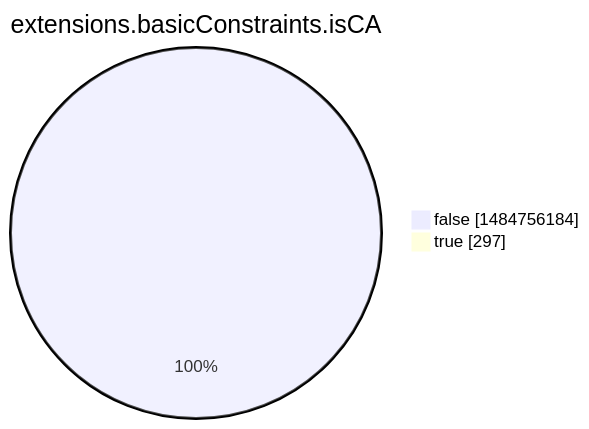
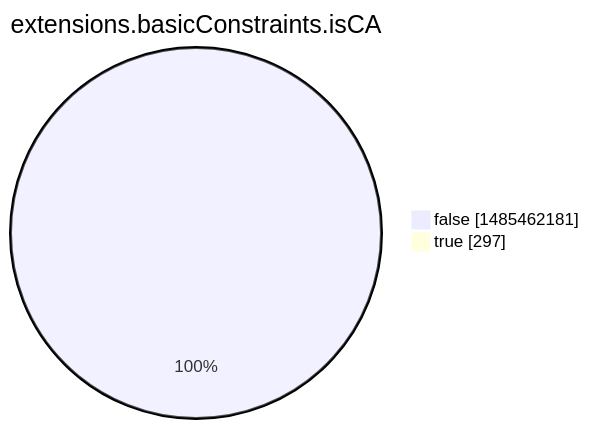
One commit to christiankrug/ctmonitor_visualization changed the eighth of 15 diagrams in argon2022/README.md. Above: the diagram before and after it, drawn with Mermaid. The commit also changed other lines of this file, not shown here.

````diff
--- a/argon2022/README.md
+++ b/argon2022/README.md
@@ -2760,6 +2760,6 @@
 ```mermaid
 pie showData
 title extensions.basicConstraints.isCA
-"false" :1484756184
+"false" :1485462181
 "true" :297
 ```
````
